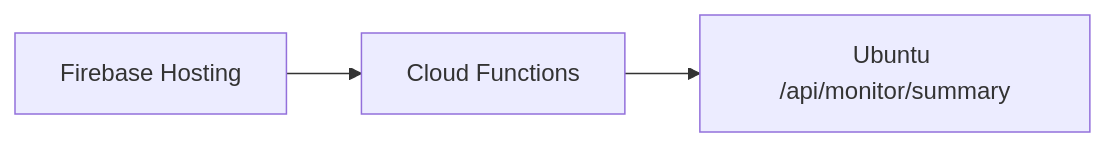
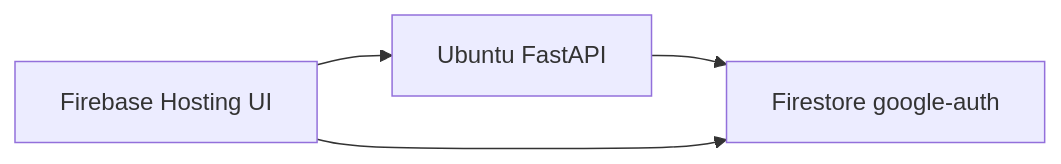
Before and after one commit to greenhelix/dev_logs: the second of 2 diagrams in Flutter/flutter_project/google_auth_helper/docs/architecture.md, drawn with Mermaid. The commit also changed other lines of this file and 1 other file, not shown here.

````diff
--- a/Flutter/flutter_project/google_auth_helper/docs/architecture.md
+++ b/Flutter/flutter_project/google_auth_helper/docs/architecture.md
@@ -49,5 +62,6 @@
 ```mermaid
 flowchart LR
-    FH[Firebase Hosting] --> CF[Cloud Functions]
-    CF --> API[Ubuntu /api/monitor/summary]
+    FH[Firebase Hosting UI] --> API[Ubuntu FastAPI]
+    API --> FS[Firestore google-auth]
+    FH --> FS
 ```
````
